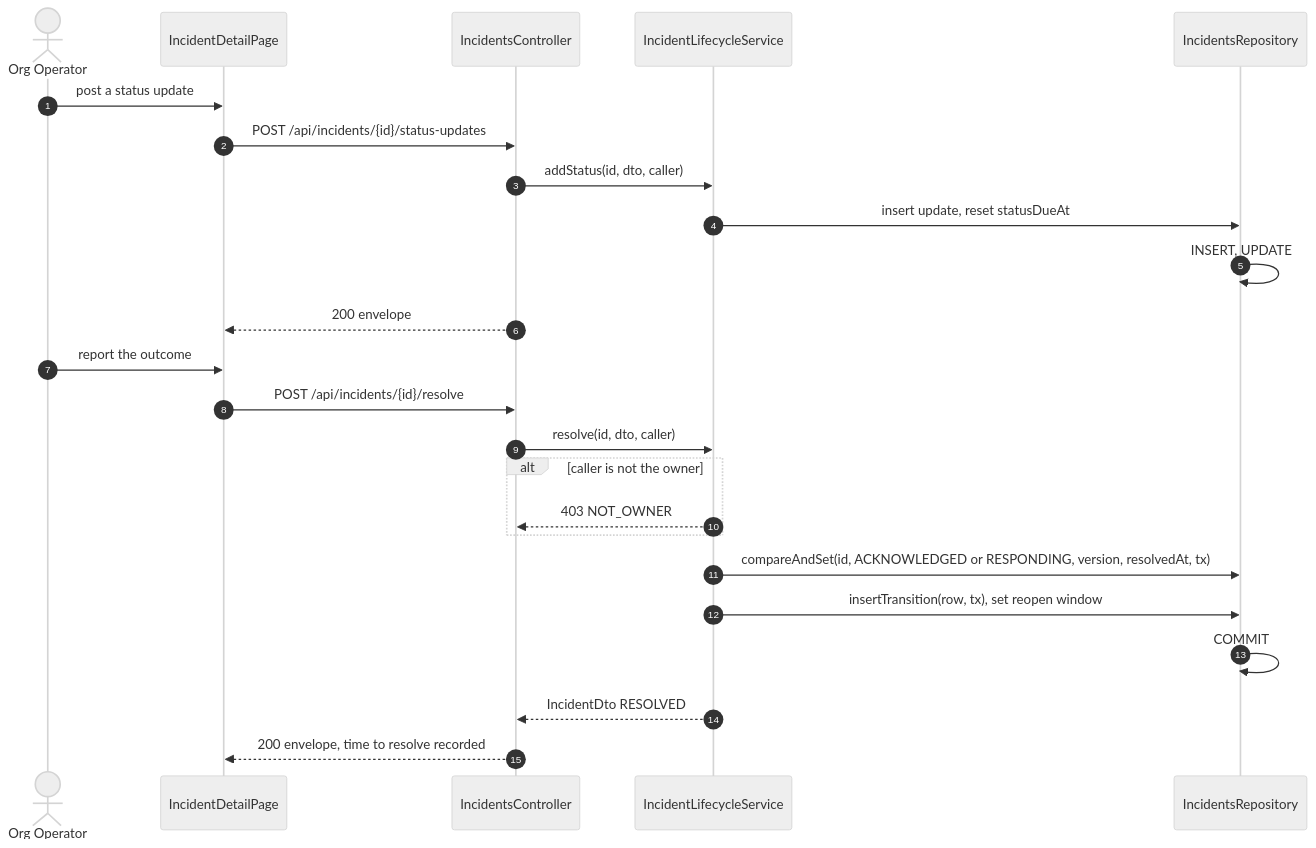
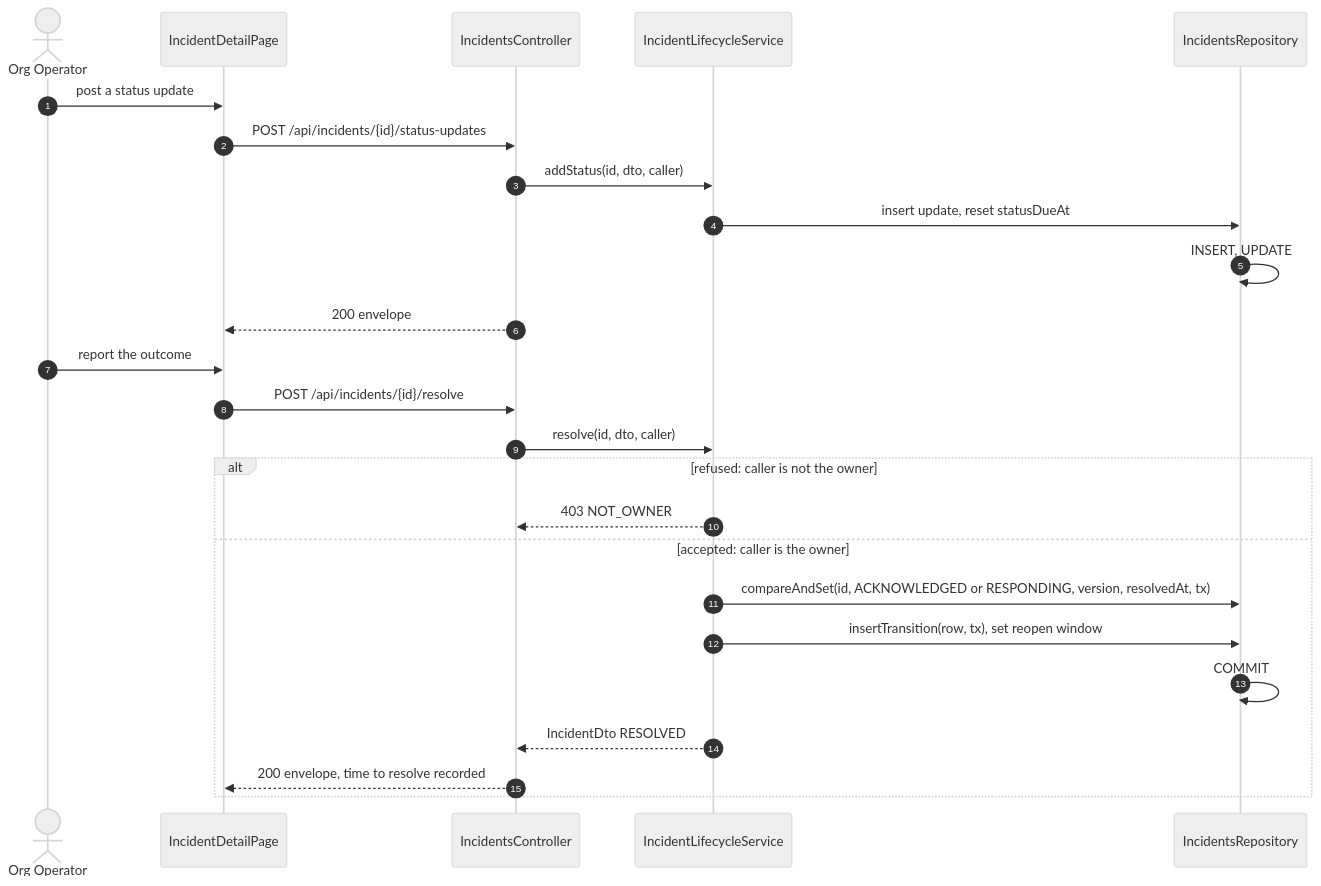
The ninth of 10 diagrams in specs/incidents/design.md (TrekLink-Team/treklink-web), drawn with Mermaid (neutral theme) before and after one commit. The commit also changed other lines of this file and 39 other files, not shown here.

First line of the commit message:
docs: design periodic maintenance (D-047) and apply the SDD sequence conventions

````diff
--- a/specs/incidents/design.md
+++ b/specs/incidents/design.md
@@ -378,26 +381,27 @@
 ```mermaid
 sequenceDiagram
     autonumber
     actor Op as Org Operator
     participant P as IncidentDetailPage
     participant C as IncidentsController
     participant L as IncidentLifecycleService
     participant R as IncidentsRepository
     Op->>P: post a status update
     P->>C: POST /api/incidents/{id}/status-updates
     C->>L: addStatus(id, dto, caller)
     L->>R: insert update, reset statusDueAt
     R->>R: INSERT, UPDATE
     C-->>P: 200 envelope
     Op->>P: report the outcome
     P->>C: POST /api/incidents/{id}/resolve
     C->>L: resolve(id, dto, caller)
-    alt caller is not the owner
+    alt refused: caller is not the owner
         L-->>C: 403 NOT_OWNER
+    else accepted: caller is the owner
+        L->>R: compareAndSet(id, ACKNOWLEDGED or RESPONDING, version, resolvedAt, tx)
+        L->>R: insertTransition(row, tx), set reopen window
+        R->>R: COMMIT
+        L-->>C: IncidentDto RESOLVED
+        C-->>P: 200 envelope, time to resolve recorded
     end
-    L->>R: compareAndSet(id, ACKNOWLEDGED or RESPONDING, version, resolvedAt, tx)
-    L->>R: insertTransition(row, tx), set reopen window
-    R->>R: COMMIT
-    L-->>C: IncidentDto RESOLVED
-    C-->>P: 200 envelope, time to resolve recorded
 ```
````
